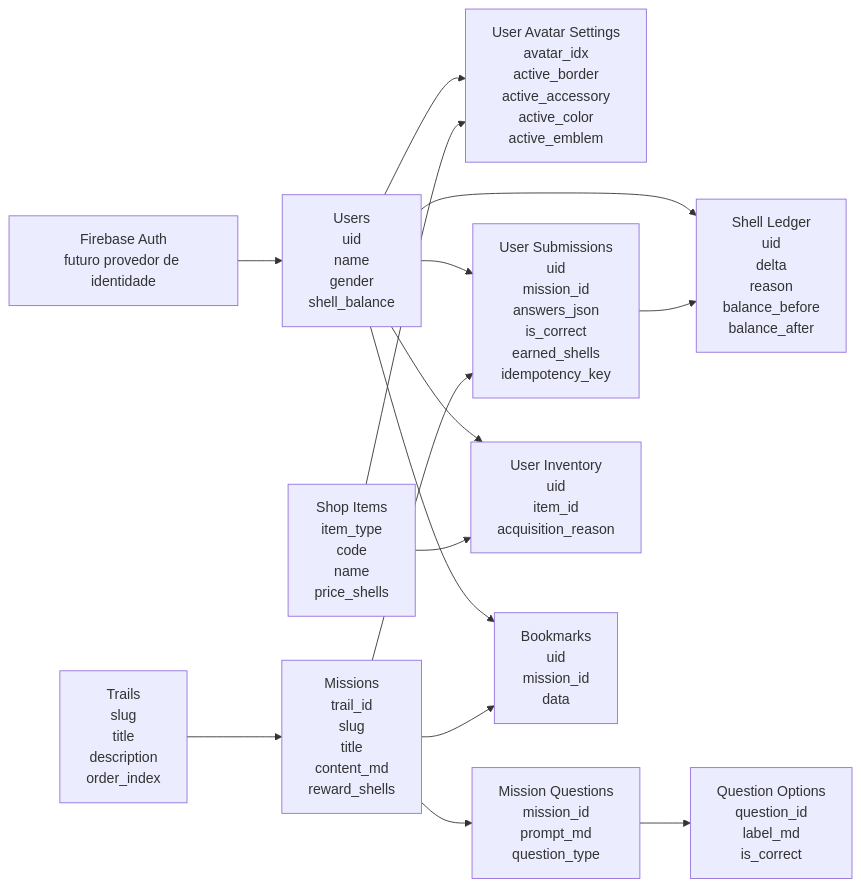
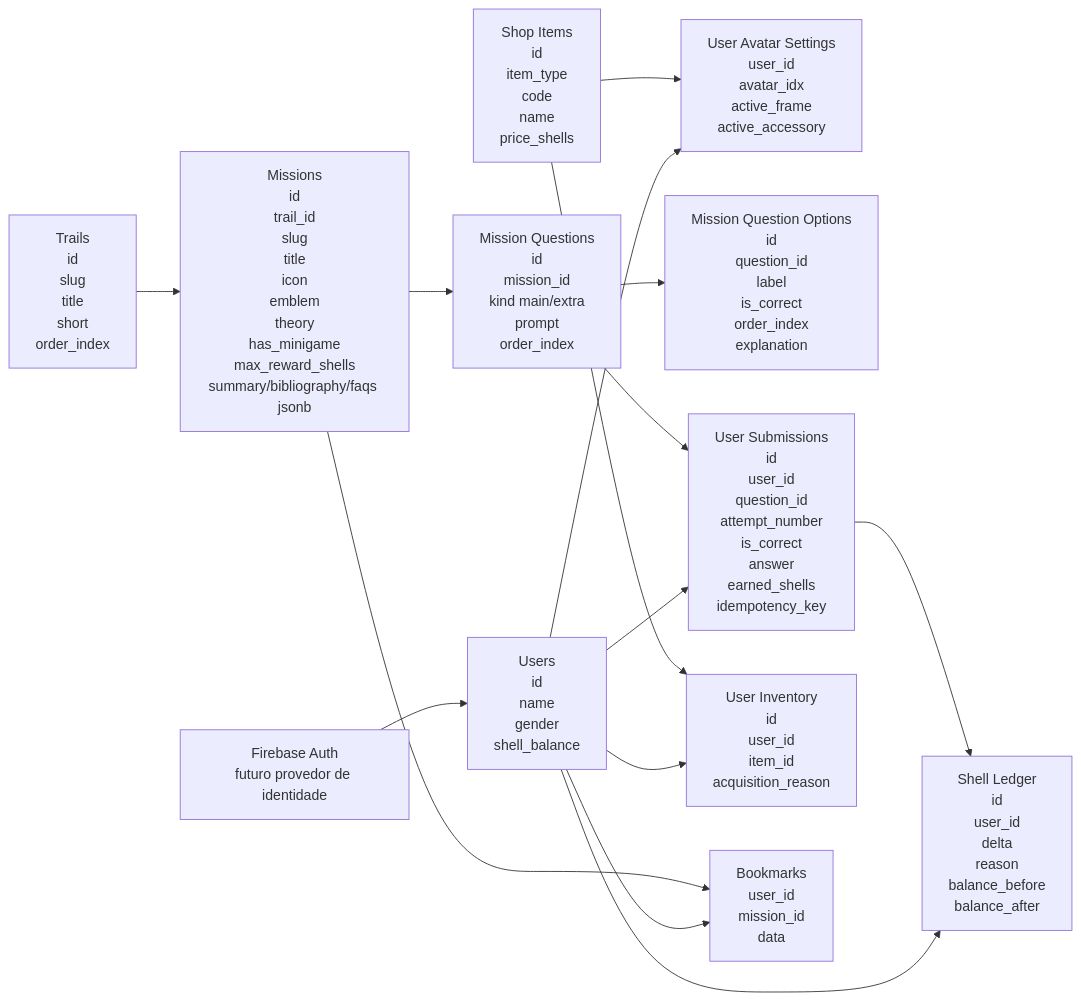
One commit to fpcoutinho/tentacle changed the diagram in README.md. Above: the diagram before and after it, drawn with Mermaid. The commit also changed other lines of this file and 2 other files, not shown here.

Commit message:
refact: rename repo to tentacle

````diff
--- a/README.md
+++ b/README.md
@@ -11,43 +11,43 @@
 ```mermaid
 flowchart LR
 	FA[Firebase Auth<br/>futuro provedor de identidade]
 
-	U[Users<br/>uid<br/>name<br/>gender<br/>shell_balance]
+	U[Users<br/>id<br/>name<br/>gender<br/>shell_balance]
 
-	A[User Avatar Settings<br/>avatar_idx<br/>active_border<br/>active_accessory<br/>active_color<br/>active_emblem]
+	A[User Avatar Settings<br/>user_id<br/>avatar_idx<br/>active_frame<br/>active_accessory]
 
-	T[Trails<br/>slug<br/>title<br/>description<br/>order_index]
+	T[Trails<br/>id<br/>slug<br/>title<br/>short<br/>order_index]
 
-	M[Missions<br/>trail_id<br/>slug<br/>title<br/>content_md<br/>reward_shells]
+	M[Missions<br/>id<br/>trail_id<br/>slug<br/>title<br/>icon<br/>emblem<br/>theory<br/>has_minigame<br/>max_reward_shells<br/>summary/bibliography/faqs jsonb]
 
-	Q[Mission Questions<br/>mission_id<br/>prompt_md<br/>question_type]
+	Q[Mission Questions<br/>id<br/>mission_id<br/>kind main/extra<br/>prompt<br/>order_index]
 
-	O[Question Options<br/>question_id<br/>label_md<br/>is_correct]
+	O[Mission Question Options<br/>id<br/>question_id<br/>label<br/>is_correct<br/>order_index<br/>explanation]
 
-	S[User Submissions<br/>uid<br/>mission_id<br/>answers_json<br/>is_correct<br/>earned_shells<br/>idempotency_key]
+	S[User Submissions<br/>id<br/>user_id<br/>question_id<br/>attempt_number<br/>is_correct<br/>answer<br/>earned_shells<br/>idempotency_key]
 
-	L[Shell Ledger<br/>uid<br/>delta<br/>reason<br/>balance_before<br/>balance_after]
+	L[Shell Ledger<br/>id<br/>user_id<br/>delta<br/>reason<br/>balance_before<br/>balance_after]
 
-	I[Shop Items<br/>item_type<br/>code<br/>name<br/>price_shells]
+	I[Shop Items<br/>id<br/>item_type<br/>code<br/>name<br/>price_shells]
 
-	UI[User Inventory<br/>uid<br/>item_id<br/>acquisition_reason]
+	UI[User Inventory<br/>id<br/>user_id<br/>item_id<br/>acquisition_reason]
 
-	B[Bookmarks<br/>uid<br/>mission_id<br/>data]
+	B[Bookmarks<br/>user_id<br/>mission_id<br/>data]
 
 	FA --> U
 	U --> A
 	U --> S
 	U --> L
 	U --> UI
 	U --> B
 
 	T --> M
 	M --> Q
 	Q --> O
-	M --> S
+	Q --> S
 	M --> B
 
 	I --> UI
 	S --> L
 	I --> A
 ```
````
